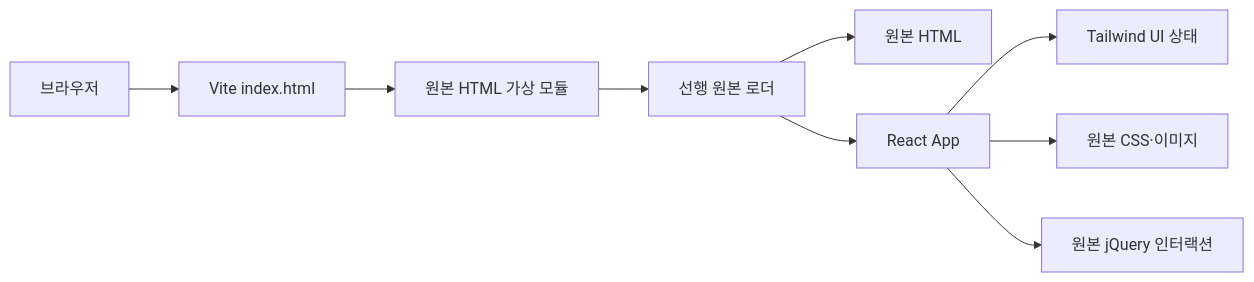
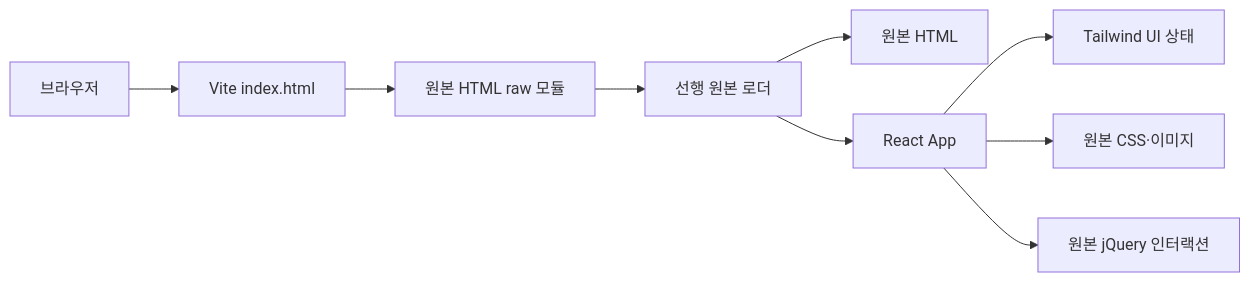
The diagram in docs/ARCHITECTURE.md (bonjin-app/portfolio.2015), drawn with Mermaid before and after one commit. The commit also changed other lines of this file and 5 other files, not shown here.

Commit message:
fix: use portable raw markup bundle

````diff
--- a/docs/ARCHITECTURE.md
+++ b/docs/ARCHITECTURE.md
@@ -19,11 +19,11 @@
 ```mermaid
 flowchart LR
   Browser["브라우저"] --> Vite["Vite index.html"]
-  Vite --> Bundle["원본 HTML 가상 모듈"]
+  Vite --> Bundle["원본 HTML raw 모듈"]
   Bundle --> Loader["선행 원본 로더"]
   Loader --> Markup["원본 HTML"]
   Loader --> React["React App"]
   React --> Tailwind["Tailwind UI 상태"]
   React --> Assets["원본 CSS·이미지"]
   React --> Scripts["원본 jQuery 인터랙션"]
 ```
````
